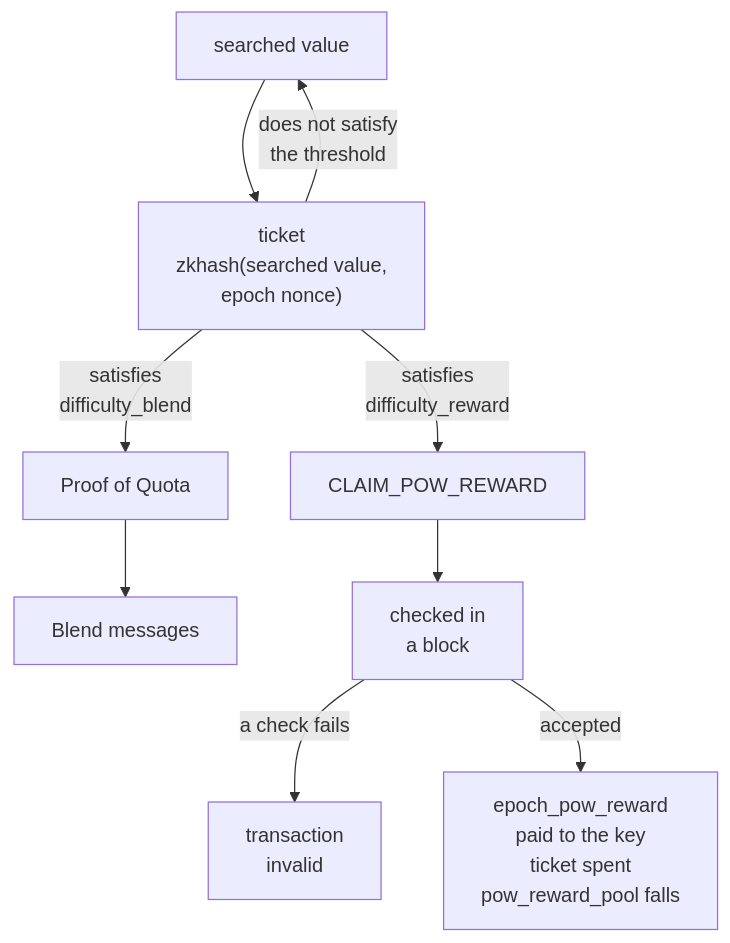
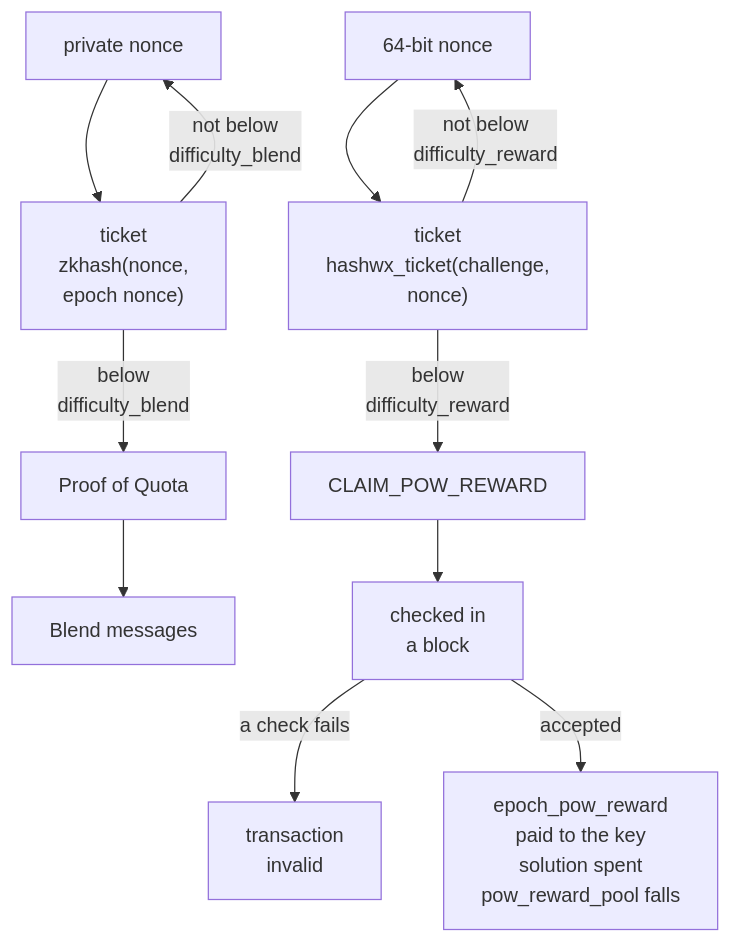
The fourth of 4 diagrams in docs/blockchain/raw/proof-of-work.md (logos-co/logos-lips), drawn with Mermaid before and after one commit. The commit also changed other lines of this file and 4 other files, not shown here.

````diff
--- a/docs/blockchain/raw/proof-of-work.md
+++ b/docs/blockchain/raw/proof-of-work.md
@@ -88,13 +92,14 @@
 ```mermaid
 graph TB
-    sv["searched value"] --> tk["ticket<br/>zkhash(searched value,<br/>epoch nonce)"]
-    tk -- "does not satisfy<br/>the threshold" --> sv
-
-    tk -- "satisfies<br/>difficulty_blend" --> pq["Proof of Quota"]
+    bn["private nonce"] --> bt["ticket<br/>zkhash(nonce,<br/>epoch nonce)"]
+    bt -- "not below<br/>difficulty_blend" --> bn
+    bt -- "below<br/>difficulty_blend" --> pq["Proof of Quota"]
     pq --> bm["Blend messages"]
 
-    tk -- "satisfies<br/>difficulty_reward" --> cl["CLAIM_POW_REWARD"]
+    rn["64-bit nonce"] --> rt["ticket<br/>hashwx_ticket(challenge,<br/>nonce)"]
+    rt -- "not below<br/>difficulty_reward" --> rn
+    rt -- "below<br/>difficulty_reward" --> cl["CLAIM_POW_REWARD"]
     cl --> vc["checked in<br/>a block"]
     vc -- "a check fails" --> iv["transaction<br/>invalid"]
-    vc -- "accepted" --> ac["epoch_pow_reward<br/>paid to the key<br/>ticket spent<br/>pow_reward_pool falls"]
+    vc -- "accepted" --> ac["epoch_pow_reward<br/>paid to the key<br/>solution spent<br/>pow_reward_pool falls"]
 ```
````
